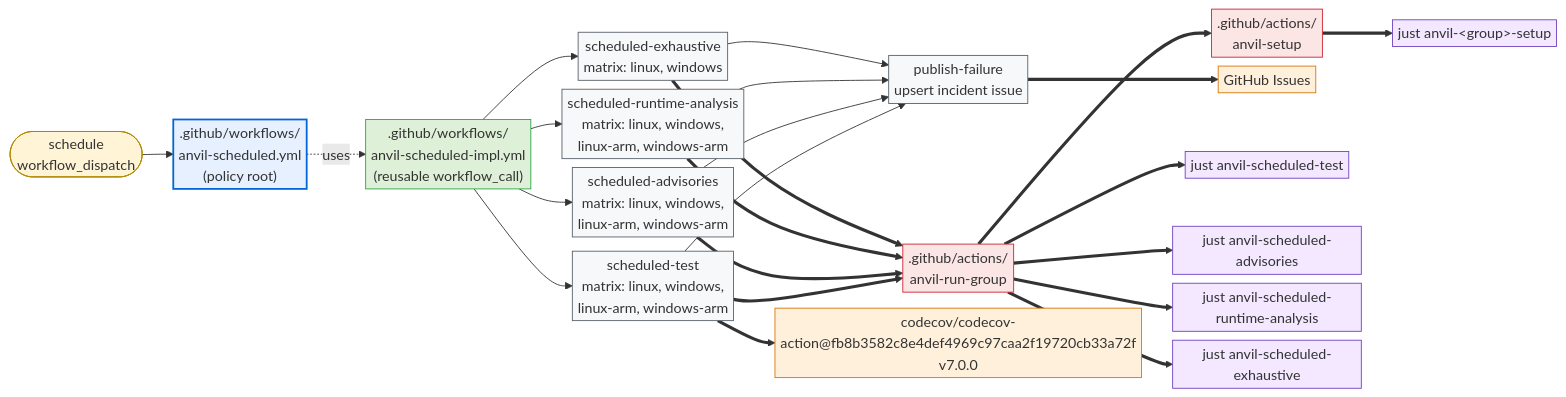
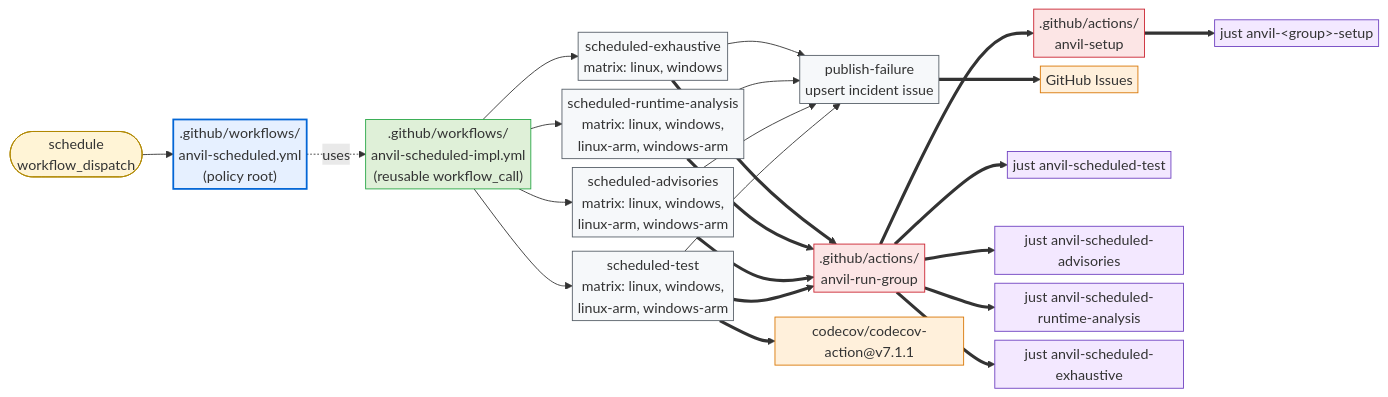
The second of 2 diagrams in crates/cargo-anvil/docs/design/github.md (microsoft/ox-tools), drawn with Mermaid before and after one commit. The commit also changed other lines of this file and 4 other files, not shown here.

First line of the commit message:
fix(anvil): synchronize Codecov action bump

````diff
--- a/crates/cargo-anvil/docs/design/github.md
+++ b/crates/cargo-anvil/docs/design/github.md
@@ -122,54 +122,54 @@
 ```mermaid
 %%{init: {"flowchart": {"nodeSpacing": 10, "rankSpacing": 35, "padding": 3}, "themeVariables": {"fontSize": "16px"}}}%%
 flowchart LR
     sched_evt([schedule<br/>workflow_dispatch]):::trigger
     sched_root[".github/workflows/<br/>anvil-scheduled.yml<br/>(policy root)"]:::root
     sched_impl[".github/workflows/<br/>anvil-scheduled-impl.yml<br/>(reusable workflow_call)"]:::impl
     stest_job["scheduled-test<br/>matrix: linux, windows,<br/>linux-arm, windows-arm"]:::job
     sadv_job["scheduled-advisories<br/>matrix: linux, windows,<br/>linux-arm, windows-arm"]:::job
     srun_job["scheduled-runtime-analysis<br/>matrix: linux, windows,<br/>linux-arm, windows-arm"]:::job
     sexh_job["scheduled-exhaustive<br/>matrix: linux, windows"]:::job
     publish_job["publish-failure<br/>upsert incident issue"]:::job
     setup_act[".github/actions/<br/>anvil-setup"]:::action
     run_group_act[".github/actions/<br/>anvil-run-group"]:::action
-    codecov_act["codecov/codecov-action@fb8b3582c8e4def4969c97caa2f19720cb33a72f<br/>v7.0.0"]:::external
+    codecov_act["codecov/codecov-action@v7.1.1"]:::external
     github_issues["GitHub Issues"]:::external
     stest_just["just anvil-scheduled-test"]:::recipe
     sadv_just["just anvil-scheduled-advisories"]:::recipe
     srun_just["just anvil-scheduled-runtime-analysis"]:::recipe
     sexh_just["just anvil-scheduled-exhaustive"]:::recipe
     setup_just["just anvil-&lt;group&gt;-setup"]:::recipe
 
     sched_evt --> sched_root
     sched_root -. uses .-> sched_impl
     sched_impl --> stest_job
     sched_impl --> sadv_job
     sched_impl --> srun_job
     sched_impl --> sexh_job
     stest_job --> publish_job
     sadv_job --> publish_job
     srun_job --> publish_job
     sexh_job --> publish_job
 
     stest_job ==> run_group_act
     stest_job ==> codecov_act
     sadv_job ==> run_group_act
     srun_job ==> run_group_act
     sexh_job ==> run_group_act
     publish_job ==> github_issues
 
     run_group_act ==> setup_act
     run_group_act ==> stest_just
     run_group_act ==> sadv_just
     run_group_act ==> srun_just
     run_group_act ==> sexh_just
     setup_act ==> setup_just
 
     classDef trigger fill:#fff4d6,stroke:#b08800,stroke-width:1px;
     classDef root fill:#e6f0ff,stroke:#0366d6,stroke-width:2px;
     classDef impl fill:#dff0d8,stroke:#28a745,stroke-width:1px;
     classDef job fill:#f6f8fa,stroke:#586069,stroke-width:1px;
     classDef action fill:#fce5e5,stroke:#cb2431,stroke-width:1px;
     classDef external fill:#fff0db,stroke:#d97706,stroke-width:1px;
     classDef recipe fill:#f3e8ff,stroke:#6f42c1,stroke-width:1px;
 ```
````
